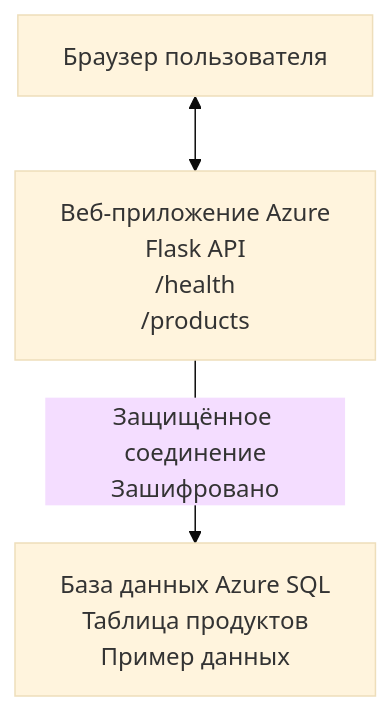
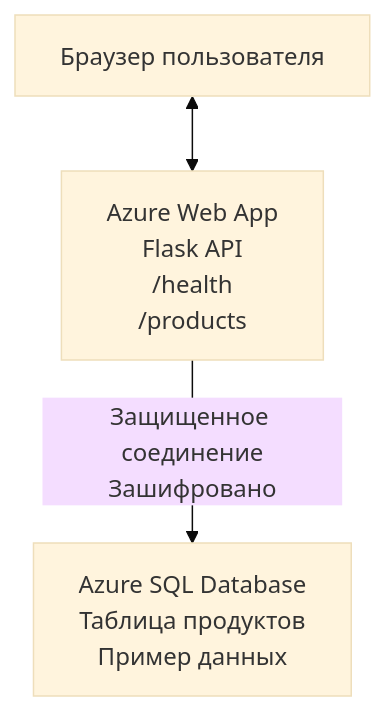
One commit to microsoft/AZD-for-beginners changed the diagram in translations/ru/examples/database-app/README.md. Above: the diagram before and after it, drawn with Mermaid (base theme). The commit also changed other lines of this file and 101 other files, not shown here.

````diff
--- a/translations/ru/examples/database-app/README.md
+++ b/translations/ru/examples/database-app/README.md
@@ -72,5 +72,5 @@
 ```mermaid
 graph TD
-    Browser[Браузер пользователя] <--> WebApp[Веб-приложение Azure<br/>Flask API<br/>/health<br/>/products]
-    WebApp -- Защищённое соединение<br/>Зашифровано --> SQL[База данных Azure SQL<br/>Таблица продуктов<br/>Пример данных]
+    Browser[Браузер пользователя] <--> WebApp[Azure Web App<br/>Flask API<br/>/health<br/>/products]
+    WebApp -- Защищенное соединение<br/>Зашифровано --> SQL[Azure SQL Database<br/>Таблица продуктов<br/>Пример данных]
 ```
````
